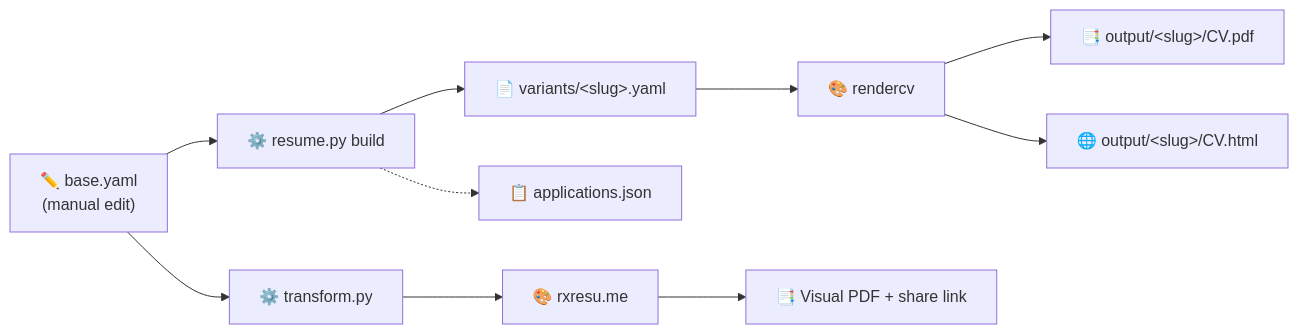
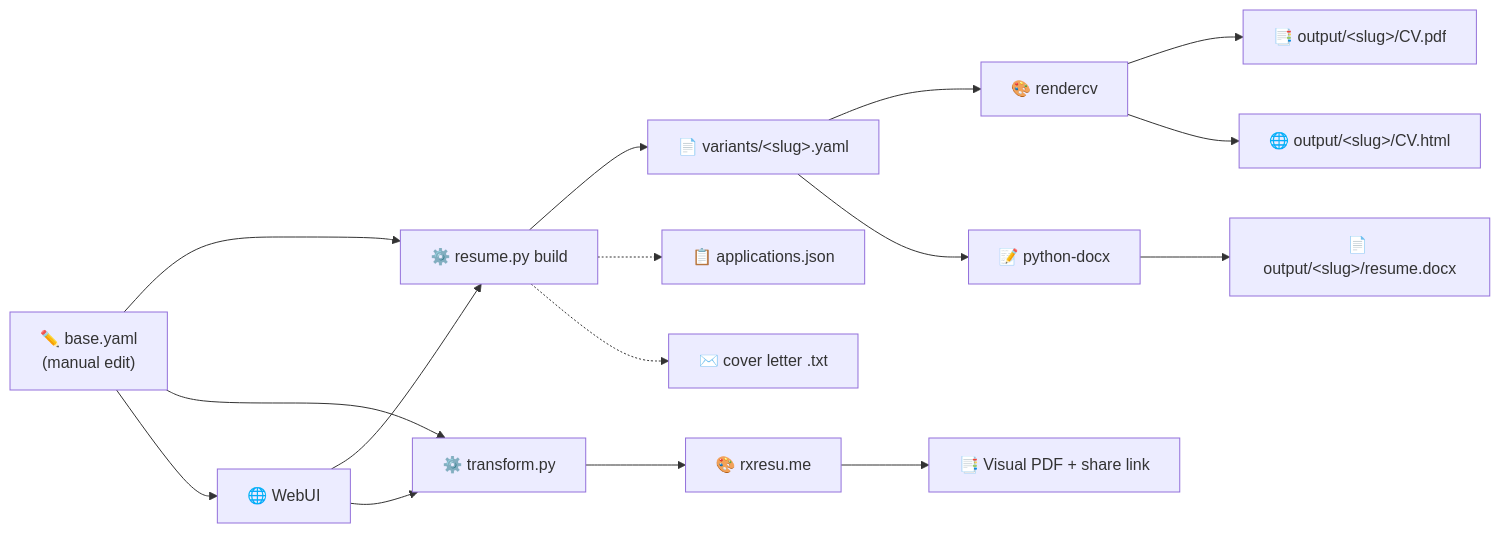
The first of 2 diagrams in README.md (jxjwilliam/resume-generator), drawn with Mermaid before and after one commit. The commit also changed other lines of this file and 10 other files, not shown here.

````diff
--- a/README.md
+++ b/README.md
@@ -34,12 +47,18 @@
 ```mermaid
 flowchart LR
     A["✏️ base.yaml<br/>(manual edit)"] --> B["⚙️ resume.py build"]
     A --> T["⚙️ transform.py"]
+    A --> U["🌐 WebUI"]
+    U --> B
+    U --> T
     B --> C["📄 variants/&lt;slug&gt;.yaml"]
     C --> D["🎨 rendercv"]
+    C --> W["📝 python-docx"]
     D --> E["📑 output/&lt;slug&gt;/CV.pdf"]
     D --> F["🌐 output/&lt;slug&gt;/CV.html"]
+    W --> X["📄 output/&lt;slug&gt;/resume.docx"]
     T --> R["🎨 rxresu.me"]
     R --> G["📑 Visual PDF + share link"]
     B -.-> H["📋 applications.json"]
+    B -.-> L["✉️ cover letter .txt"]
 ```
````
